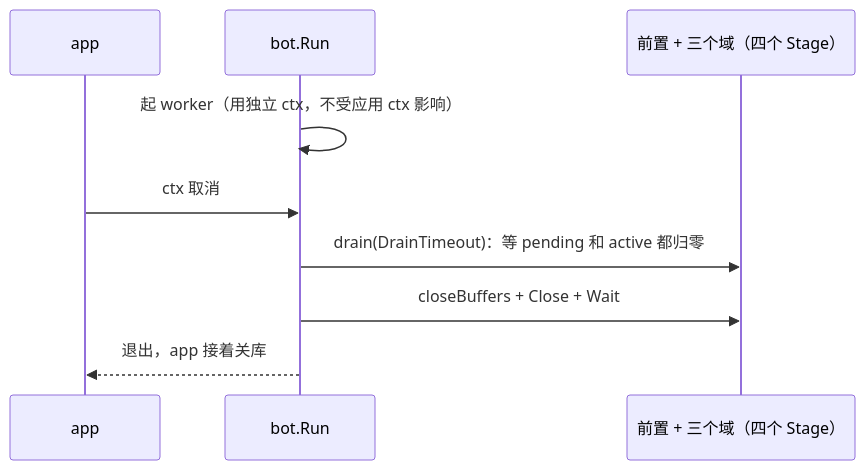
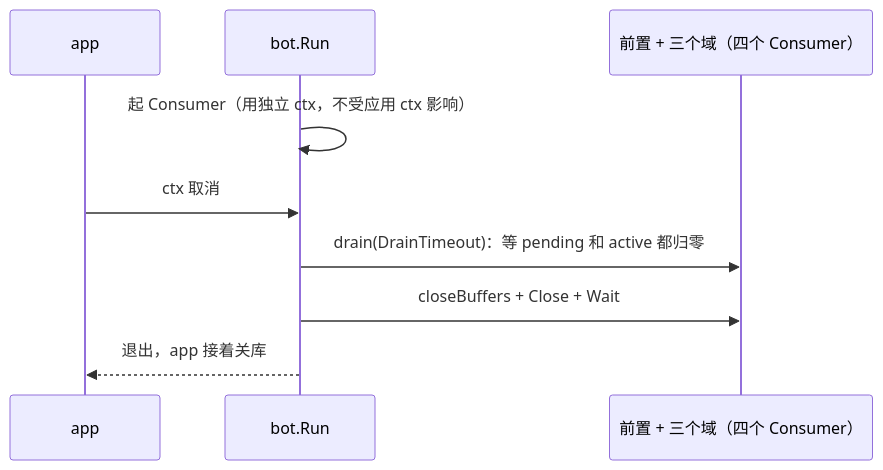
One commit to CanWeakerWriteStrongCode/good-review-master changed the second of 2 diagrams in docs/domains/pipeline.md. Above: the diagram before and after it, drawn with Mermaid. The commit also changed other lines of this file and 71 other files, not shown here.

````diff
--- a/docs/domains/pipeline.md
+++ b/docs/domains/pipeline.md
@@ -107,11 +107,11 @@
 ```mermaid
 sequenceDiagram
   participant A as app
   participant B as bot.Run
-  participant W as 前置 + 三个域（四个 Stage）
-  B->>B: 起 worker（用独立 ctx，不受应用 ctx 影响）
+  participant W as 前置 + 三个域（四个 Consumer）
+  B->>B: 起 Consumer（用独立 ctx，不受应用 ctx 影响）
   A->>B: ctx 取消
   B->>W: drain(DrainTimeout)：等 pending 和 active 都归零
   B->>W: closeBuffers + Close + Wait
   B-->>A: 退出，app 接着关库
 ```
````
